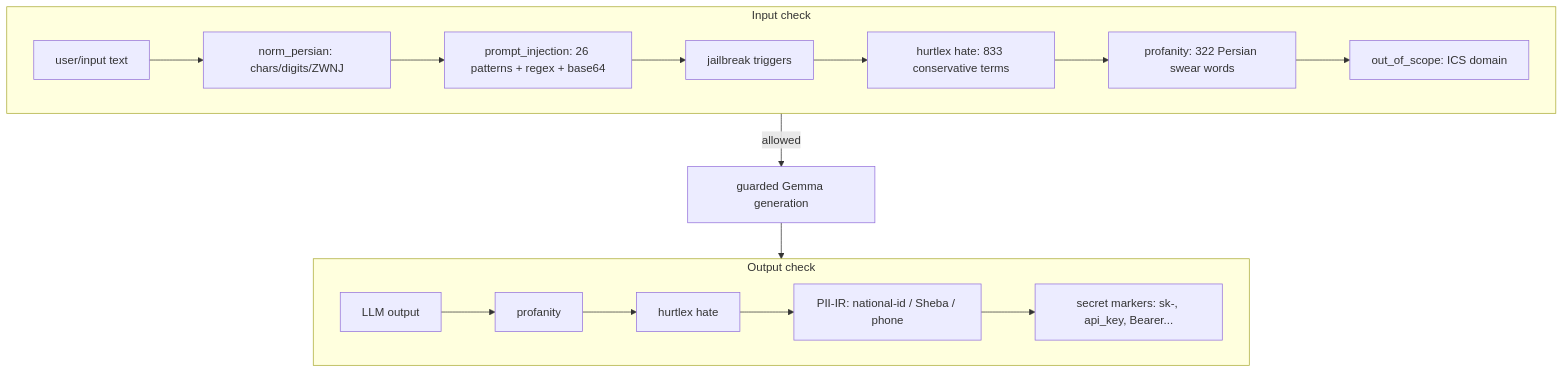
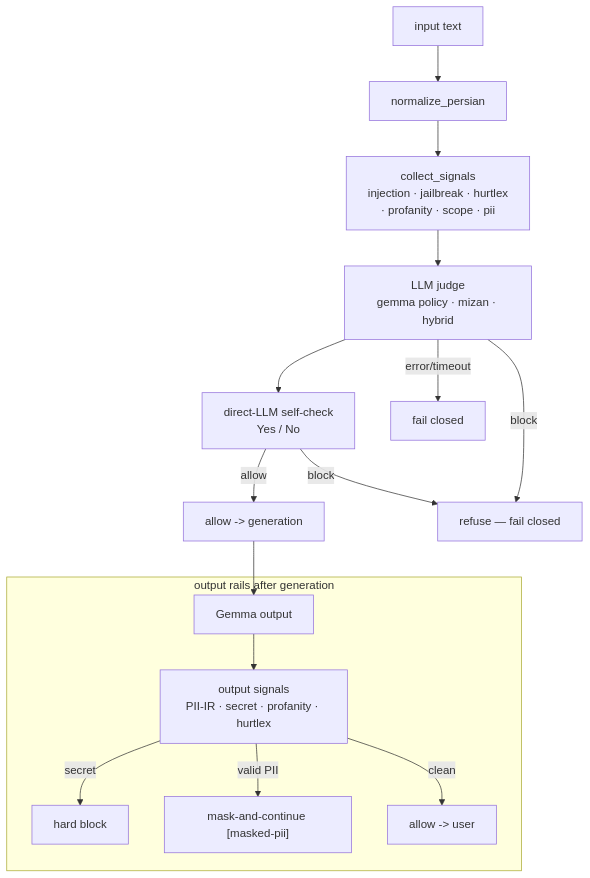
One commit to AliNikkhah2001/Work_RAG-Guardrails changed the second of 3 diagrams in README.md. Above: the diagram before and after it, drawn with Mermaid. The commit also changed other lines of this file and 3 other files, not shown here.

Commit message:
docs(guardrails): rewrite self-contained README, drop NeMo, add diagrams+SVGs

````diff
--- a/README.md
+++ b/README.md
@@ -386,23 +51,18 @@
 ```mermaid
 flowchart TD
-    subgraph INPUT[Input check]
-        IN[user/input text]
-        N[norm_persian: chars/digits/ZWNJ]
-        PI[prompt_injection: 26 patterns + regex + base64]
-        JB[jailbreak triggers]
-        HX[hurtlex hate: 833 conservative terms]
-        PR[profanity: 322 Persian swear words]
-        OOS[out_of_scope: ICS domain]
-        IN --> N --> PI --> JB --> HX --> PR --> OOS
+    IN[input text] --> NORM[normalize_persian]
+    NORM --> SIG[collect_signals\ninjection · jailbreak · hurtlex\n· profanity · scope · pii]
+    SIG --> JUDGE[LLM judge\ngemma policy · mizan · hybrid]
+    JUDGE --> SELF[direct-LLM self-check\nYes / No]
+    SELF -->|allow| ALLOW[allow -> generation]
+    SELF -->|block| REF[refuse — fail closed]
+    JUDGE -->|block| REF
+    JUDGE -->|error/timeout| FC[fail closed]
+    ALLOW --> GEN[Gemma output]
+    subgraph OUTPUT[output rails after generation]
+    GEN --> OSIG[output signals\nPII-IR · secret · profanity · hurtlex]
+    OSIG -->|secret| HB[hard block]
+    OSIG -->|valid PII| MASK["mask-and-continue [masked-pii]"]
+    OSIG -->|clean| OUT[allow -> user]
     end
-    subgraph OUTPUT[Output check]
-        OUT[LLM output]
-        OPR[profanity]
-        OHX[hurtlex hate]
-        PII[PII-IR: national-id / Sheba / phone]
-        SEC[secret markers: sk-, api_key, Bearer...]
-        OUT --> OPR --> OHX --> PII --> SEC
-    end
-    INPUT -->|"allowed"| GEN[guarded Gemma generation]
-    GEN --> OUTPUT
 ```
````
